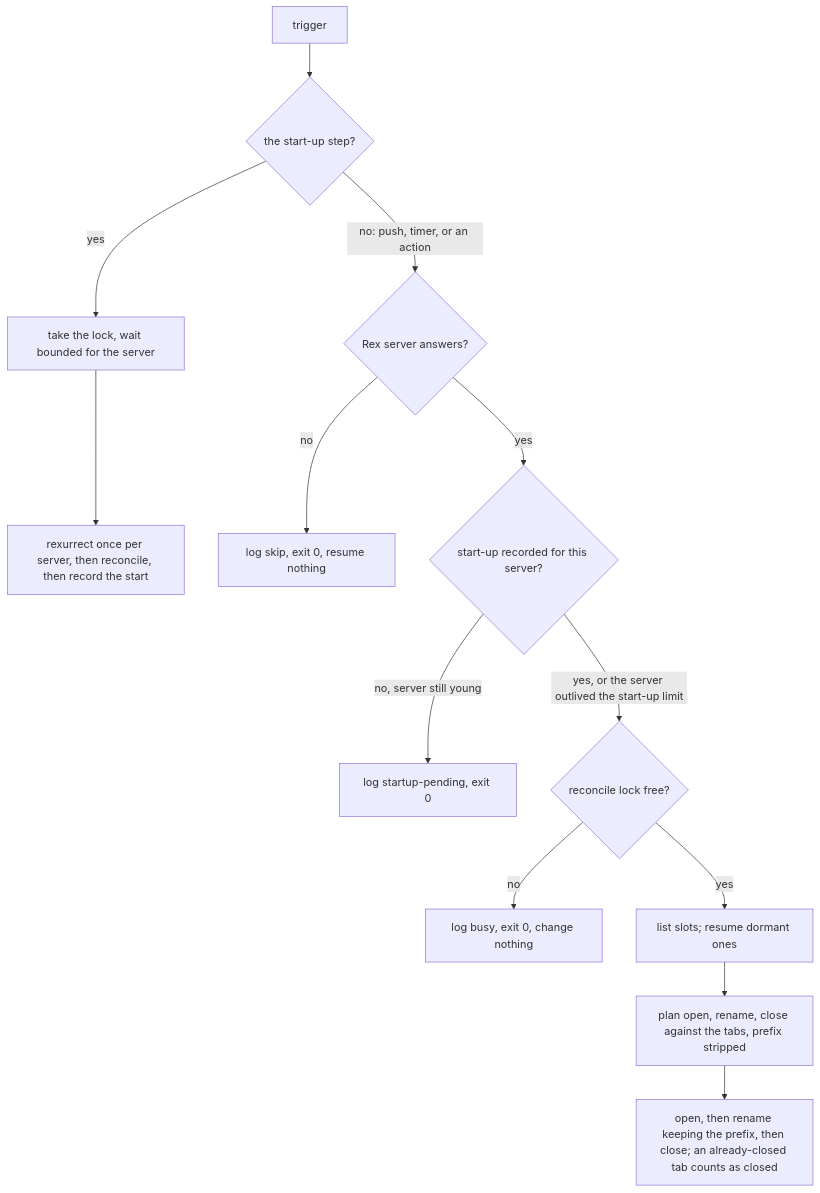
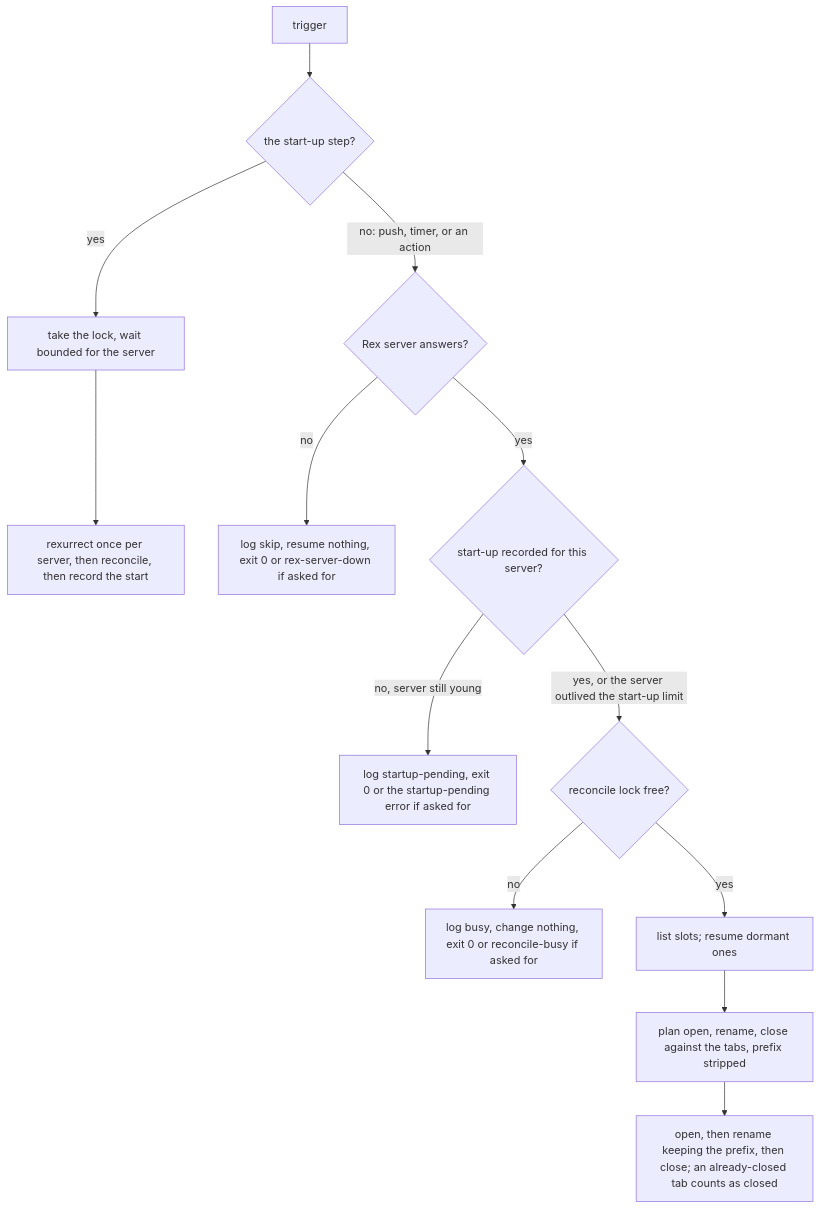
The fourth of 4 diagrams in docs/plans/2026-10-29-2303-feat-rex-agent-slots-on-linux-server-plan.md (brettdavies/dotfiles), drawn with Mermaid before and after one commit. The commit also changed other lines of this file, not shown here.

First line of the commit message:
docs(plans): apply the DX review to the Rex cutover plan

````diff
--- a/docs/plans/2026-10-29-2303-feat-rex-agent-slots-on-linux-server-plan.md
+++ b/docs/plans/2026-10-29-2303-feat-rex-agent-slots-on-linux-server-plan.md
@@ -451,15 +454,15 @@
 ```mermaid
 flowchart TB
   T[trigger] --> Kind{the start-up step?}
   Kind -->|yes| Wait[take the lock, wait bounded for the server]
   Wait --> Once[rexurrect once per server, then reconcile, then record the start]
   Kind -->|no: push, timer, or an action| Up{Rex server answers?}
-  Up -->|no| Skip[log skip, exit 0, resume nothing]
+  Up -->|no| Skip[log skip, resume nothing, exit 0 or rex-server-down if asked for]
   Up -->|yes| Started{start-up recorded for this server?}
-  Started -->|no, server still young| Pending[log startup-pending, exit 0]
+  Started -->|no, server still young| Pending[log startup-pending, exit 0 or the startup-pending error if asked for]
   Started -->|yes, or the server outlived the start-up limit| Lock{reconcile lock free?}
-  Lock -->|no| Busy[log busy, exit 0, change nothing]
+  Lock -->|no| Busy[log busy, change nothing, exit 0 or reconcile-busy if asked for]
   Lock -->|yes| Fetch[list slots; resume dormant ones]
   Fetch --> Plan[plan open, rename, close against the tabs, prefix stripped]
   Plan --> Apply[open, then rename keeping the prefix, then close; an already-closed tab counts as closed]
 ```
````
